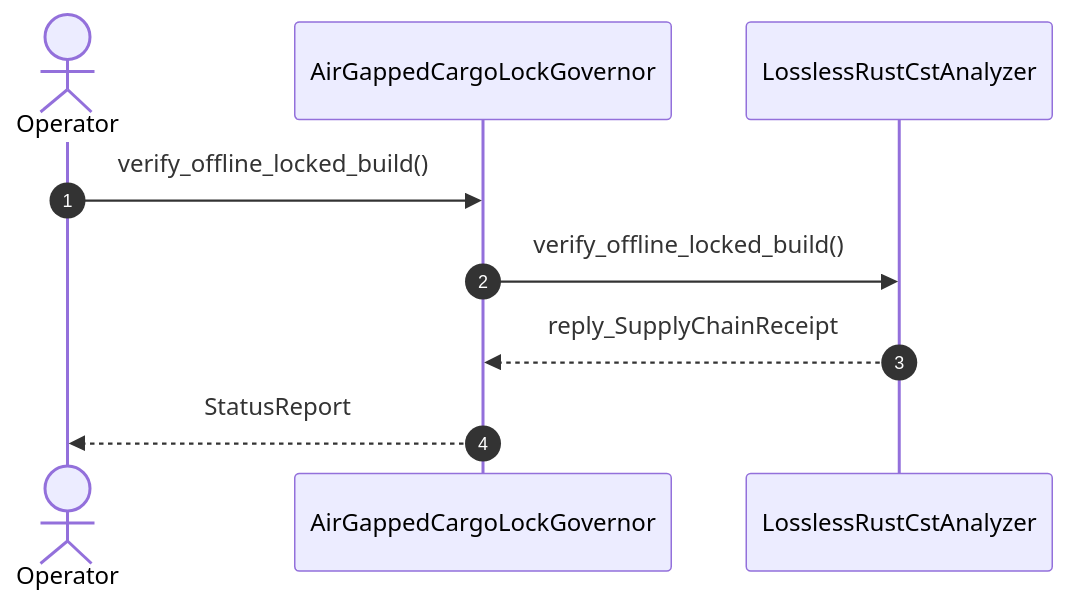
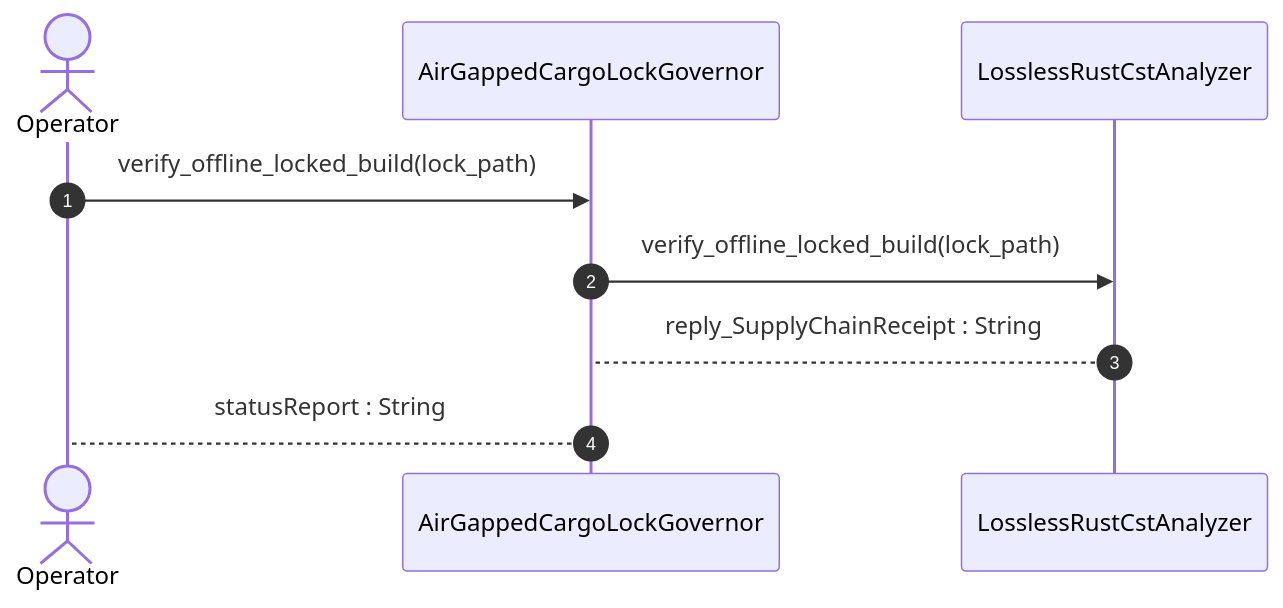
The diagram in .pipeline/upstream/docs/user-stories/US-53-verify_offline_locked_build.md (gintatkinson/DEAP01-spec-core), drawn with Mermaid before and after one commit. The commit also changed other lines of this file and 225 other files, not shown here.

````diff
--- a/.pipeline/upstream/docs/user-stories/US-53-verify_offline_locked_build.md
+++ b/.pipeline/upstream/docs/user-stories/US-53-verify_offline_locked_build.md
@@ -37,11 +38,11 @@
 ```mermaid
 sequenceDiagram
     autonumber
     actor Operator
     participant AirGappedCargoLockGovernor
     participant LosslessRustCstAnalyzer
-    Operator->>AirGappedCargoLockGovernor: verify_offline_locked_build()
-    AirGappedCargoLockGovernor->>LosslessRustCstAnalyzer: verify_offline_locked_build()
-    LosslessRustCstAnalyzer-->>AirGappedCargoLockGovernor: reply_SupplyChainReceipt
-    AirGappedCargoLockGovernor-->>Operator: StatusReport
+    Operator->>AirGappedCargoLockGovernor: verify_offline_locked_build(lock_path)
+    AirGappedCargoLockGovernor->>LosslessRustCstAnalyzer: verify_offline_locked_build(lock_path)
+    LosslessRustCstAnalyzer-->AirGappedCargoLockGovernor: reply_SupplyChainReceipt : String
+    AirGappedCargoLockGovernor-->Operator: statusReport : String
 ```
````
